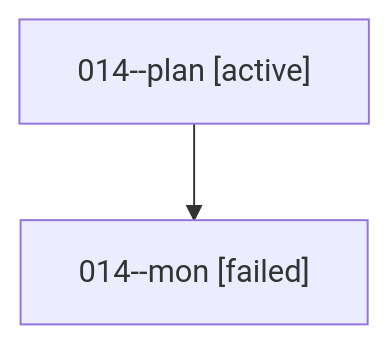
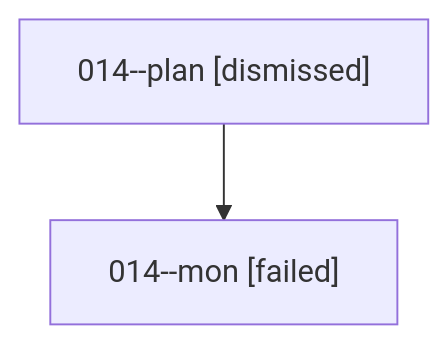
One commit to sase-org/sase--agents changed the diagram in sessions/bbugyi200.athena.014.md. Above: the diagram before and after it, drawn with Mermaid. The commit also changed other lines of this file and 46 other files, not shown here.

````diff
--- a/sessions/bbugyi200.athena.014.md
+++ b/sessions/bbugyi200.athena.014.md
@@ -9,6 +9,6 @@
 ```mermaid
 flowchart TD
-  n0["014--plan [active]"]
+  n0["014--plan [dismissed]"]
   n1["014--mon [failed]"]
   n0 --> n1
 ```
````
